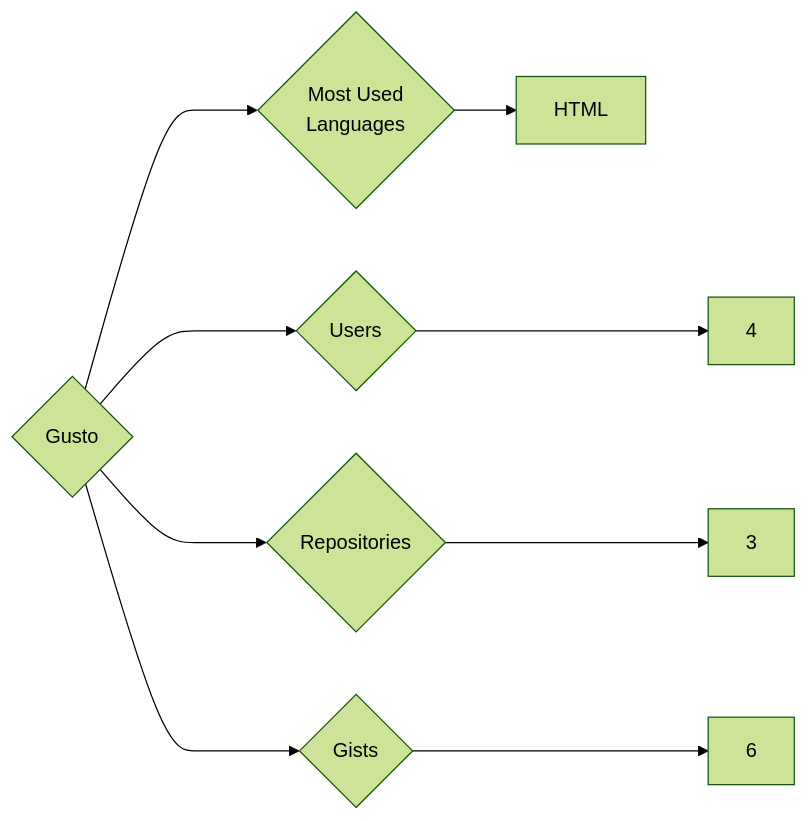
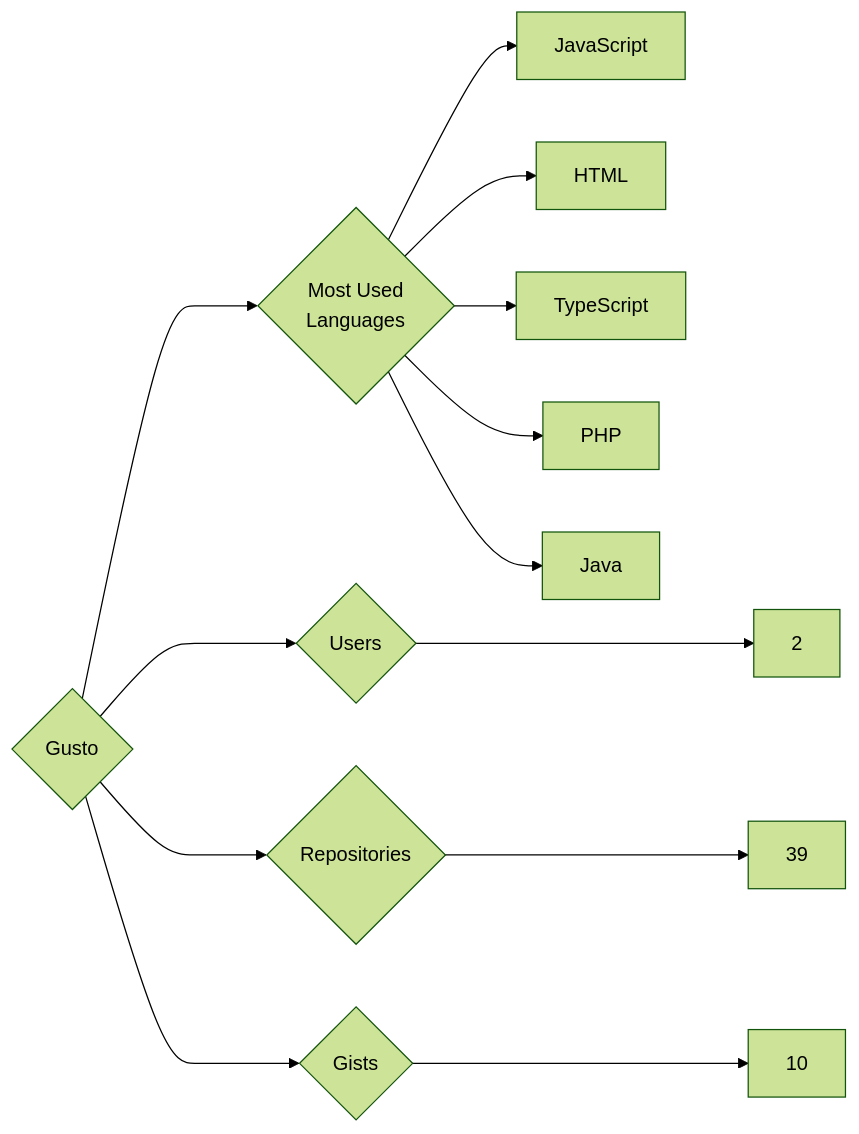
One commit to trickest/insiders changed the diagram in targets/Gusto/README.md. Above: the diagram before and after it, drawn with Mermaid (forest theme). The commit also changed 1007 other files, not shown here.

````diff
--- a/targets/Gusto/README.md
+++ b/targets/Gusto/README.md
@@ -3,9 +3,13 @@
 ```mermaid
 graph LR
 COMPANY_NAME{Gusto}
-COMPANY_NAME ---> U{Users} ---> UN[4]
-COMPANY_NAME ---> R{Repositories} ---> RN[3]
-COMPANY_NAME ---> G{Gists} ---> GN[6]
+COMPANY_NAME ---> U{Users} ---> UN[2]
+COMPANY_NAME ---> R{Repositories} ---> RN[39]
+COMPANY_NAME ---> G{Gists} ---> GN[10]
 COMPANY_NAME ---> ML{Most Used<br>Languages}
+ML --> JavaScript[JavaScript]
 ML --> HTML[HTML]
+ML --> TypeScript[TypeScript]
+ML --> PHP[PHP]
+ML --> Java[Java]
 ```
````
